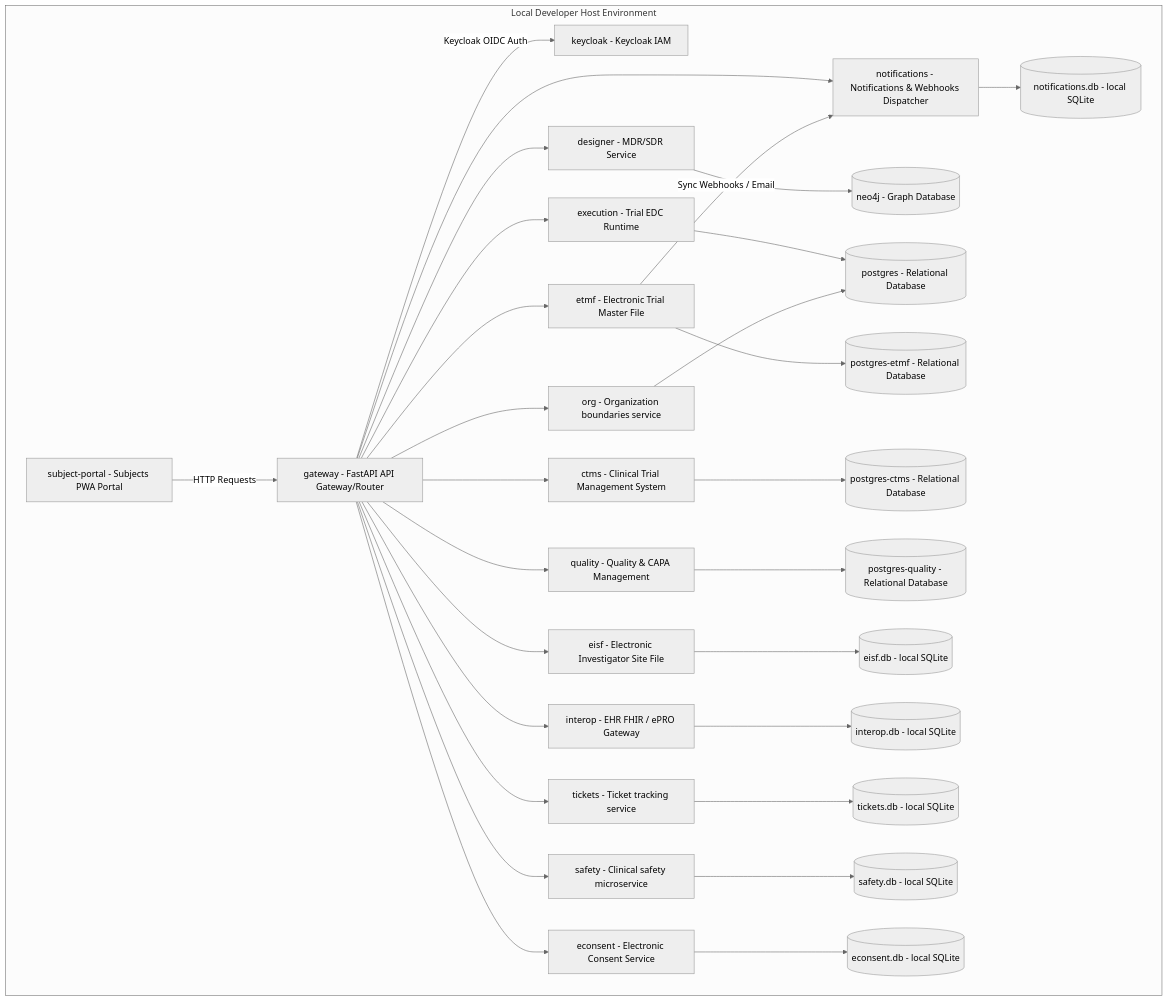
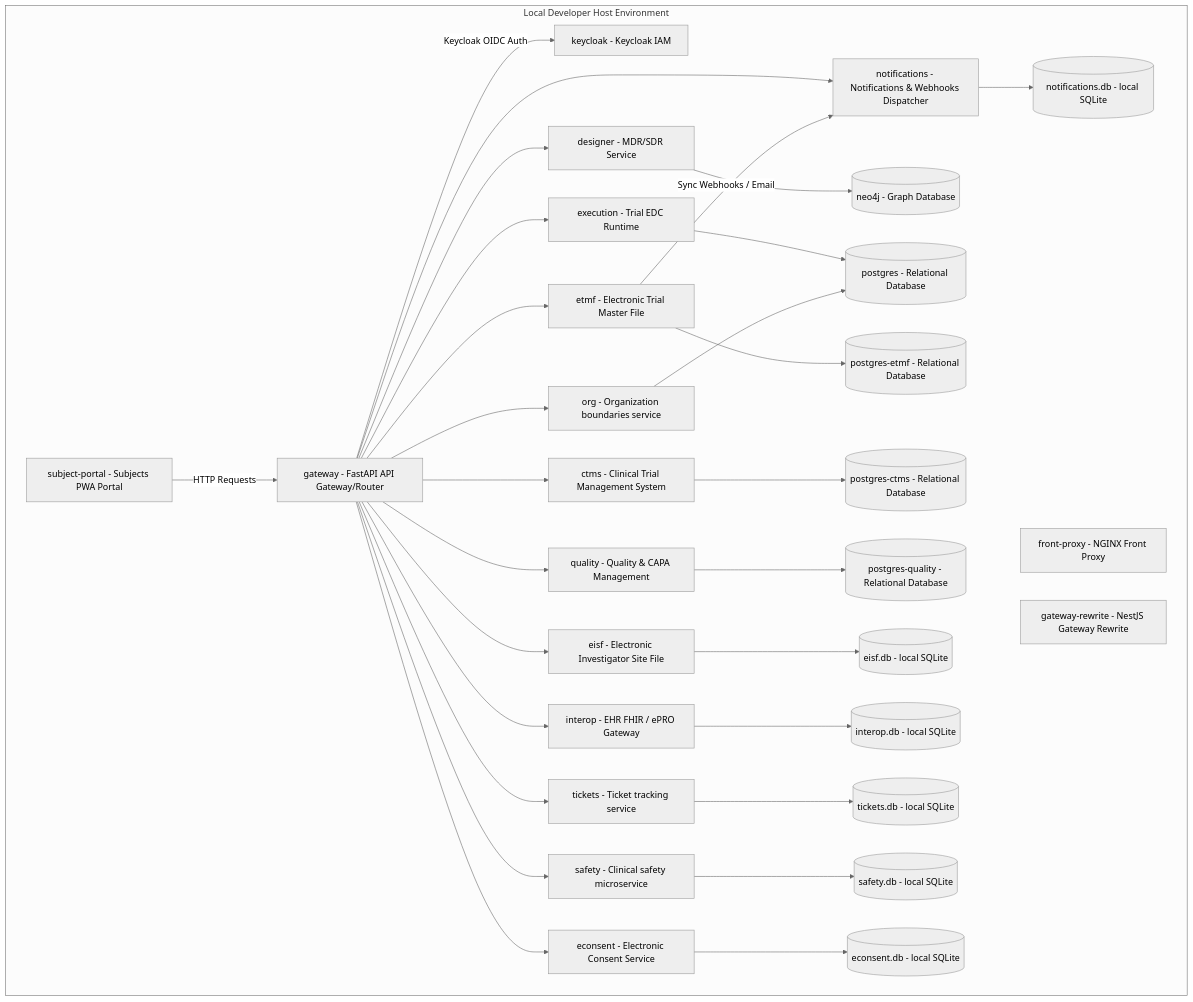
The first of 2 diagrams in ARCHITECTURE.md (fderuiter/cadence-clinical), drawn with Mermaid (neutral theme) before and after one commit. The commit also changed 6 other files, not shown here.

Commit message:
feat(infra): add NGINX front proxy for percentage and path-based gateway traffic shifting

````diff
--- a/ARCHITECTURE.md
+++ b/ARCHITECTURE.md
@@ -189,72 +189,74 @@
 ```mermaid
 flowchart TD
     subgraph Local Developer Host Environment
         subject-portal[subject-portal - Subjects PWA Portal]
+        front-proxy[front-proxy - NGINX Front Proxy]
         gateway[gateway - FastAPI API Gateway/Router]
+        gateway-rewrite[gateway-rewrite - NestJS Gateway Rewrite]
         keycloak[keycloak - Keycloak IAM]
         designer[designer - MDR/SDR Service]
         execution[execution - Trial EDC Runtime]
         org[org - Organization boundaries service]
         eisf[eisf - Electronic Investigator Site File]
         etmf[etmf - Electronic Trial Master File]
         ctms[ctms - Clinical Trial Management System]
         quality[quality - Quality & CAPA Management]
         interop[interop - EHR FHIR / ePRO Gateway]
         tickets[tickets - Ticket tracking service]
         safety[safety - Clinical safety microservice]
         notifications[notifications - Notifications & Webhooks Dispatcher]
         econsent[econsent - Electronic Consent Service]
 
         %% Databases
         postgres[(postgres - Relational Database)]
         postgres-etmf[(postgres-etmf - Relational Database)]
         postgres-ctms[(postgres-ctms - Relational Database)]
         postgres-quality[(postgres-quality - Relational Database)]
         neo4j[(neo4j - Graph Database)]
 
         %% SQLite file boundaries
         sqlite_eisf[(eisf.db - local SQLite)]
         sqlite_interop[(interop.db - local SQLite)]
         sqlite_tickets[(tickets.db - local SQLite)]
         sqlite_safety[(safety.db - local SQLite)]
         sqlite_notifications[(notifications.db - local SQLite)]
         sqlite_econsent[(econsent.db - local SQLite)]
     end
 
     %% Routing Flow
     subject-portal -->|HTTP Requests| gateway
     gateway -->|Keycloak OIDC Auth| keycloak
 
     %% API Routing
     gateway --> designer
     gateway --> execution
     gateway --> org
     gateway --> eisf
     gateway --> etmf
     gateway --> ctms
     gateway --> quality
     gateway --> interop
     gateway --> tickets
     gateway --> safety
     gateway --> notifications
     gateway --> econsent
 
     %% Shared storage connections
     designer --> neo4j
     execution --> postgres
     org --> postgres
     etmf --> postgres-etmf
     ctms --> postgres-ctms
     quality --> postgres-quality
 
     %% Individual SQLite files
     eisf --> sqlite_eisf
     interop --> sqlite_interop
     tickets --> sqlite_tickets
     safety --> sqlite_safety
     notifications --> sqlite_notifications
     econsent --> sqlite_econsent
 
     %% Inter-service events
     etmf -->|Sync Webhooks / Email| notifications
 ```
````
